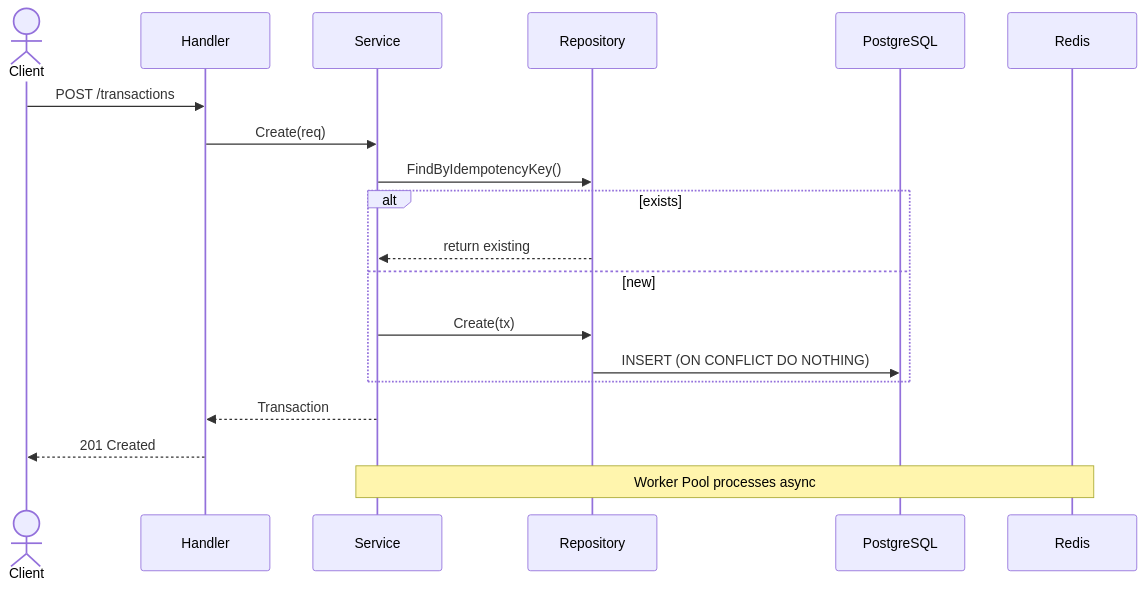
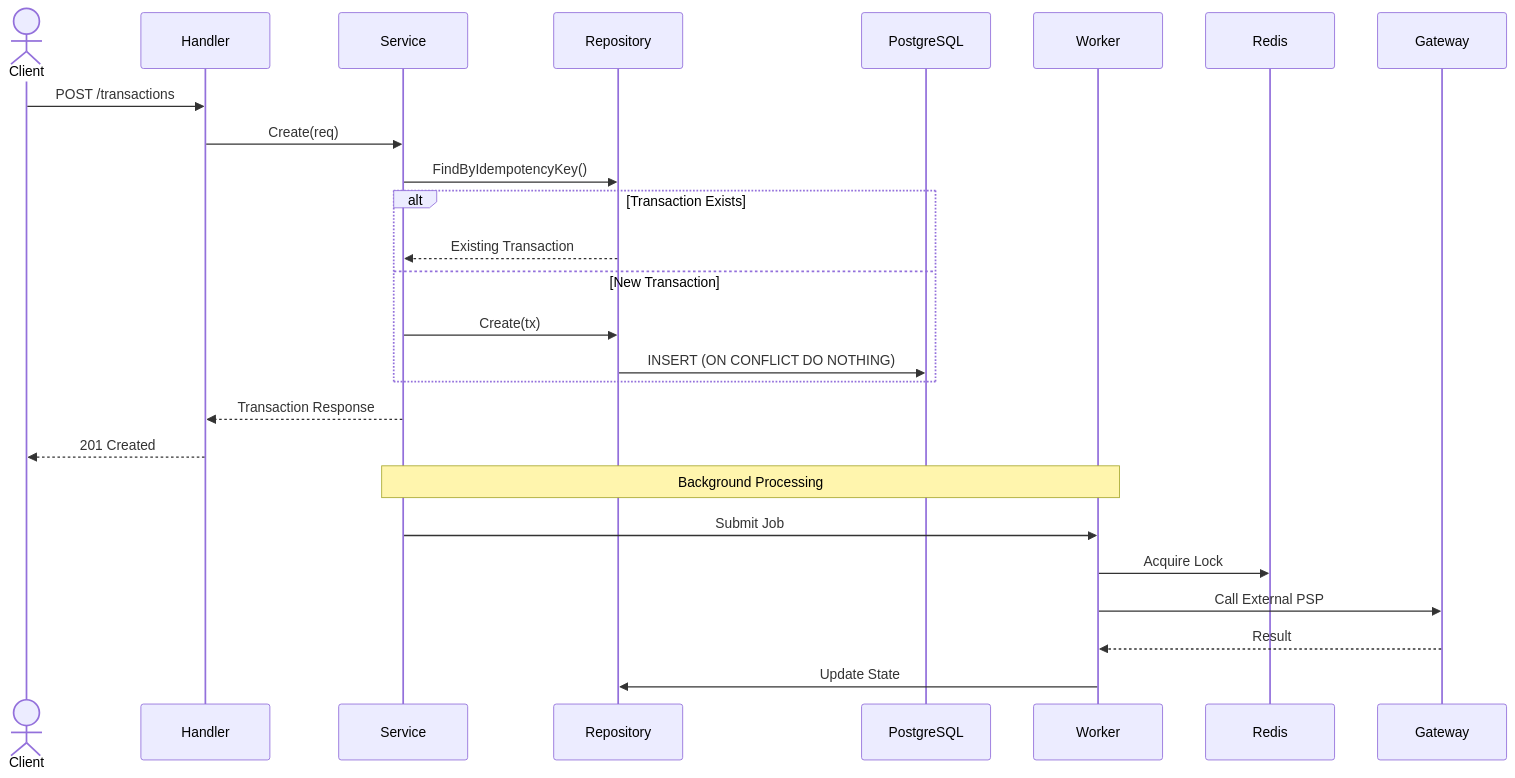
Before and after one commit to ginko97/fintech-playground: the second of 2 diagrams in README.md, drawn with Mermaid. The commit also changed other lines of this file and 8 other files, not shown here.

````diff
--- a/README.md
+++ b/README.md
@@ -23,23 +41,34 @@
 ```mermaid
 sequenceDiagram
     actor Client
     participant Handler
     participant Service
     participant Repository
     participant PostgreSQL
+    participant Worker
+    participant Redis
+    participant Gateway
 
     Client->>Handler: POST /transactions
     Handler->>Service: Create(req)
+
     Service->>Repository: FindByIdempotencyKey()
 
-    alt exists
-        Repository-->>Service: return existing
-    else new
+    alt Transaction Exists
+        Repository-->>Service: Existing Transaction
+    else New Transaction
         Service->>Repository: Create(tx)
         Repository->>PostgreSQL: INSERT (ON CONFLICT DO NOTHING)
     end
 
-    Service-->>Handler: Transaction
+    Service-->>Handler: Transaction Response
     Handler-->>Client: 201 Created
-    Note over Service,Redis: Worker Pool processes async
+
+    Note over Service,Worker: Background Processing
+
+    Service->>Worker: Submit Job
+    Worker->>Redis: Acquire Lock
+    Worker->>Gateway: Call External PSP
+    Gateway-->>Worker: Result
+    Worker->>Repository: Update State
 ```
````
